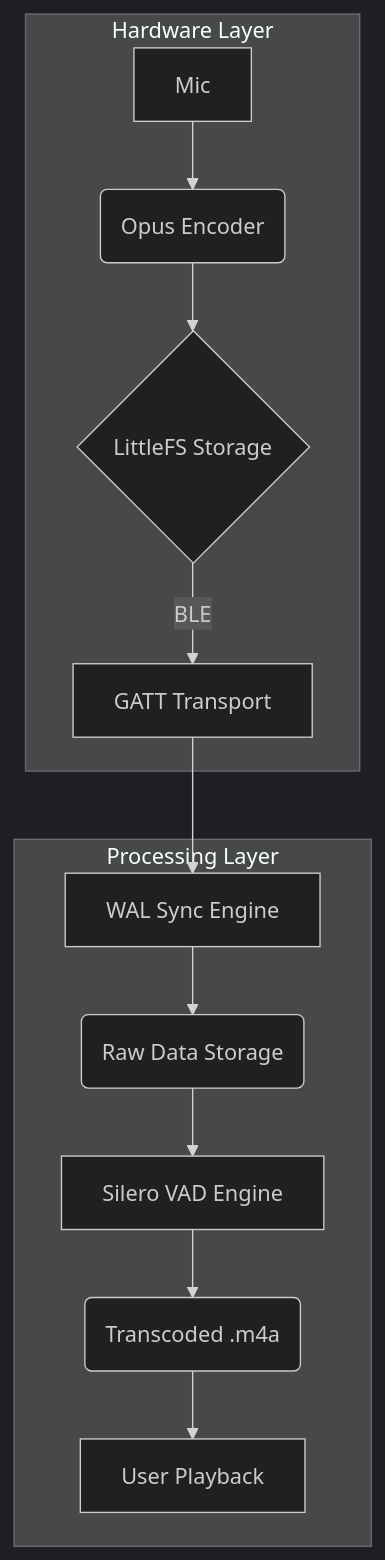
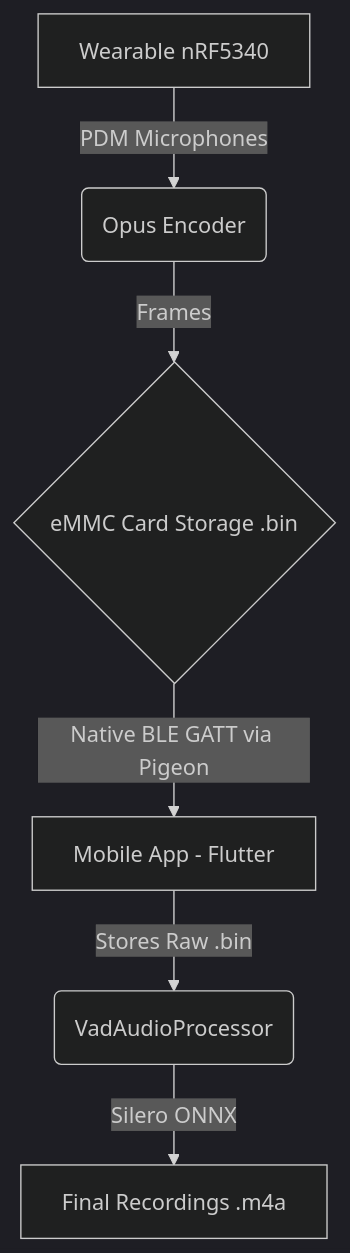
Before and after one commit to john-gitdev/omi-offline: the diagram in README.md, drawn with Mermaid (dark theme). The commit also changed other lines of this file, not shown here.

Commit message:
revert(README): restore to original version (1e4c9722b) per user request

````diff
--- a/README.md
+++ b/README.md
@@ -45,16 +32,8 @@
 ```mermaid
 graph TD
-    subgraph Wearable [Hardware Layer]
-        A[Mic] --> B(Opus Encoder)
-        B --> C{LittleFS Storage}
-        C -->|BLE| D[GATT Transport]
-    end
-
-    subgraph Mobile [Processing Layer]
-        D --> E[WAL Sync Engine]
-        E --> F(Raw Data Storage)
-        F --> G[Silero VAD Engine]
-        G --> H(Transcoded .m4a)
-        H --> I[User Playback]
-    end
+    A[Wearable nRF5340] -->|PDM Microphones| B(Opus Encoder)
+    B -->|Frames| C{eMMC Card Storage .bin}
+    C -->|Native BLE GATT via Pigeon| D[Mobile App - Flutter]
+    D -->|Stores Raw .bin| E(VadAudioProcessor)
+    E -->|Silero ONNX| F[Final Recordings .m4a]
 ```
````
